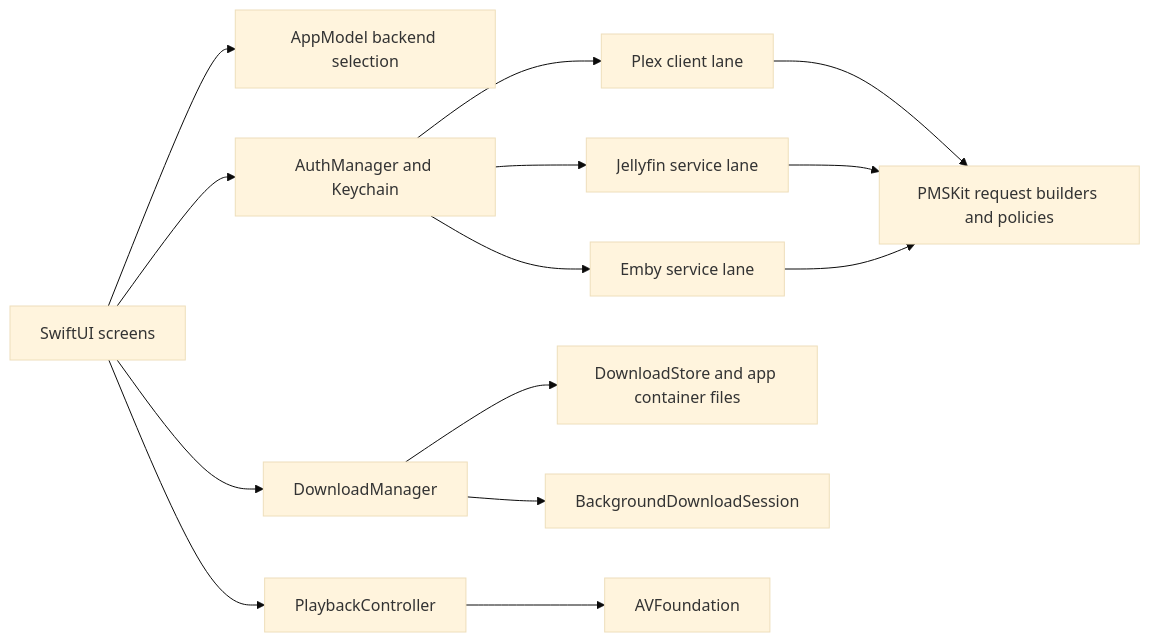
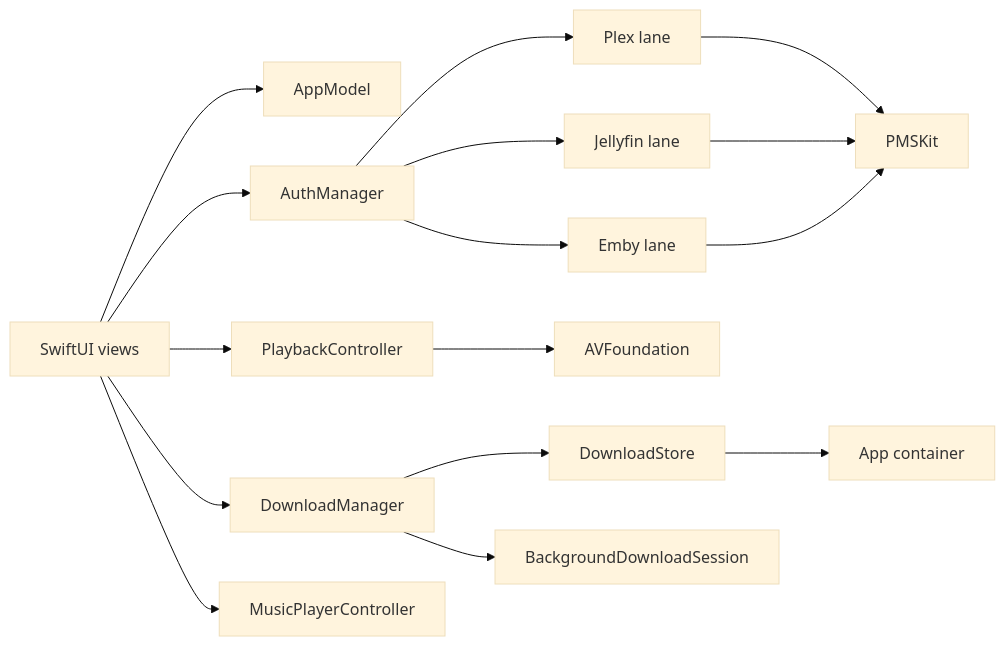
Before and after one commit to jlipworth/Labstream: the first of 2 diagrams in docs/ARCHITECTURE.md, drawn with Mermaid (base theme). The commit also changed other lines of this file and 20 other files, not shown here.

````diff
--- a/docs/ARCHITECTURE.md
+++ b/docs/ARCHITECTURE.md
@@ -31,16 +5,21 @@
 ```mermaid
 flowchart LR
-  UI[SwiftUI screens] --> AppModel[AppModel backend selection]
-  UI --> Auth[AuthManager and Keychain]
+  UI[SwiftUI views] --> AppModel[AppModel]
+  UI --> Auth[AuthManager]
+  UI --> Player[PlaybackController]
   UI --> Downloads[DownloadManager]
-  UI --> Player[PlaybackController]
-  Auth --> Plex[Plex client lane]
-  Auth --> Jellyfin[Jellyfin service lane]
-  Auth --> Emby[Emby service lane]
-  Plex --> PMSKit[PMSKit request builders and policies]
+  UI --> Music[MusicPlayerController]
+
+  Auth --> Plex[Plex lane]
+  Auth --> Jellyfin[Jellyfin lane]
+  Auth --> Emby[Emby lane]
+
+  Plex --> PMSKit[PMSKit]
   Jellyfin --> PMSKit
   Emby --> PMSKit
-  Downloads --> Store[DownloadStore and app container files]
+
+  Player --> AV[AVFoundation]
+  Downloads --> Store[DownloadStore]
   Downloads --> BG[BackgroundDownloadSession]
-  Player --> AV[AVFoundation]
+  Store --> Files[App container]
 ```
````
